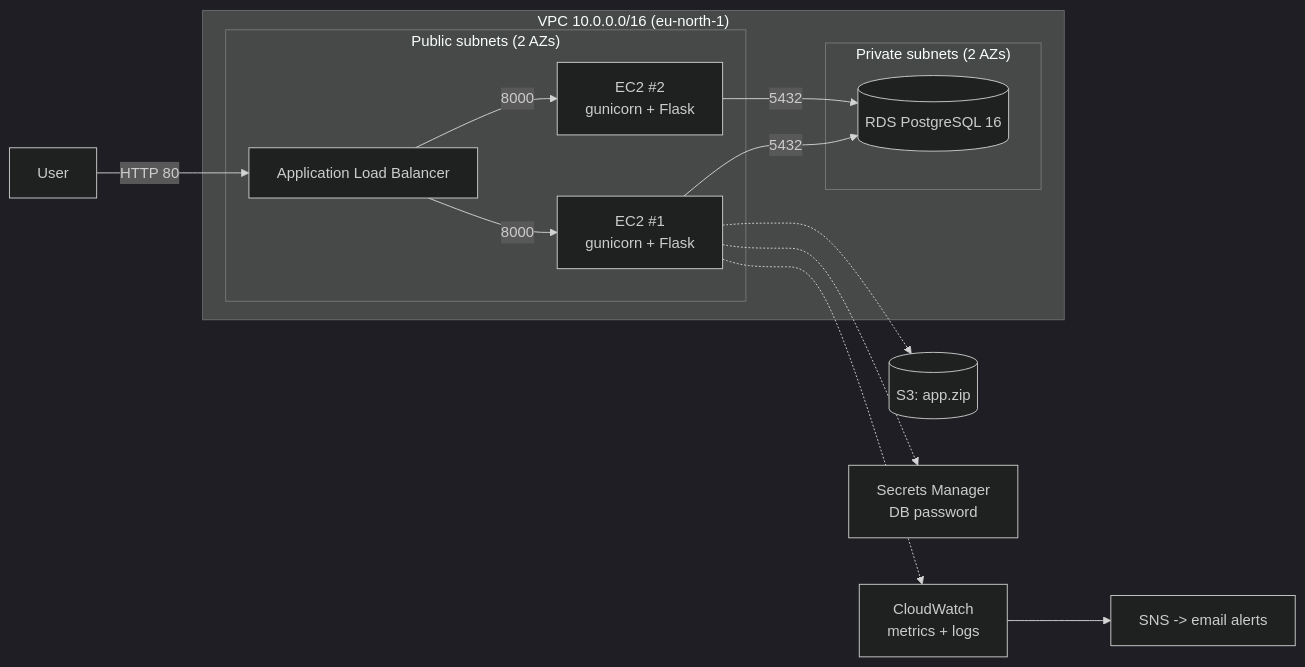
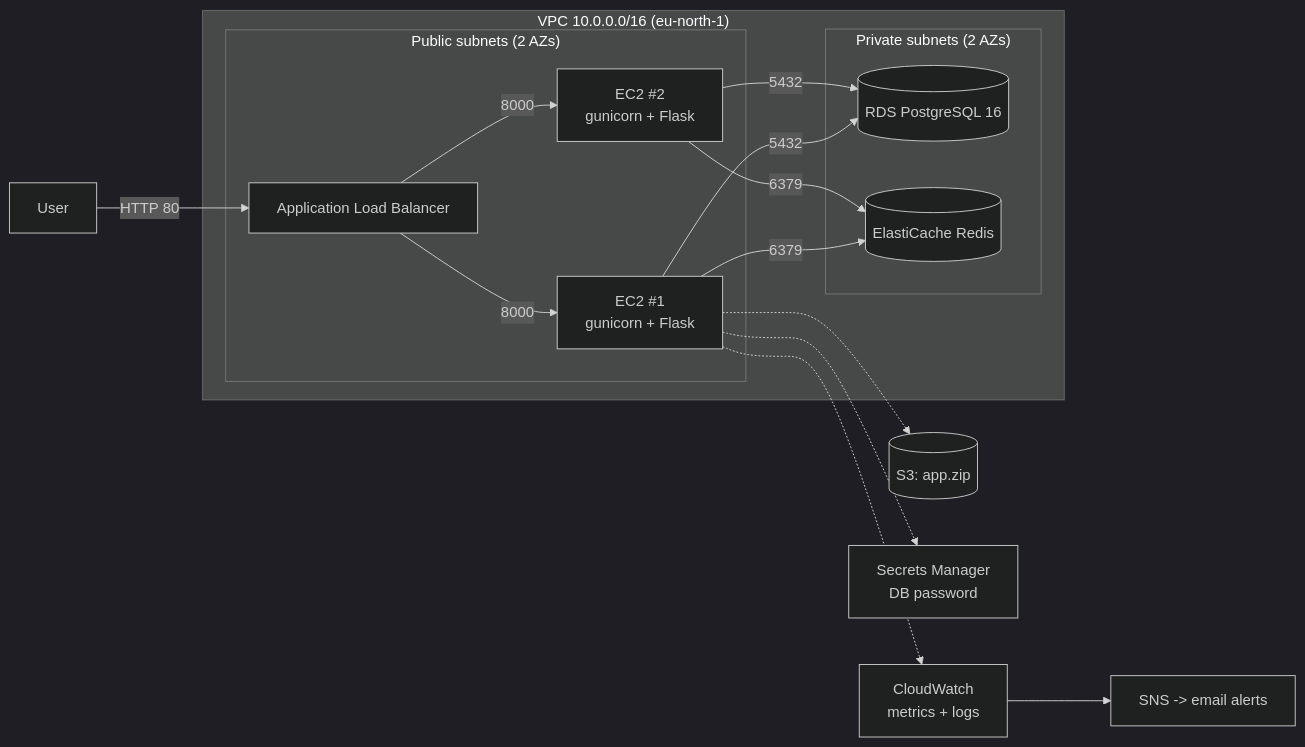
The diagram in README.md (PaztalM/phishing-detector), drawn with Mermaid (dark theme) before and after one commit. The commit also changed other lines of this file and 3 other files, not shown here.

````diff
--- a/README.md
+++ b/README.md
@@ -15,22 +16,25 @@
 ```mermaid
 flowchart LR
     U[User] -->|HTTP 80| ALB[Application Load Balancer]
     subgraph VPC["VPC 10.0.0.0/16 (eu-north-1)"]
         subgraph PUB["Public subnets (2 AZs)"]
             ALB
             EC2A[EC2 #1<br/>gunicorn + Flask]
             EC2B[EC2 #2<br/>gunicorn + Flask]
         end
         subgraph PRIV["Private subnets (2 AZs)"]
             RDS[(RDS PostgreSQL 16)]
+            REDIS[(ElastiCache Redis)]
         end
     end
     ALB -->|8000| EC2A
     ALB -->|8000| EC2B
     EC2A -->|5432| RDS
     EC2B -->|5432| RDS
+    EC2A -->|6379| REDIS
+    EC2B -->|6379| REDIS
     EC2A -.-> S3[(S3: app.zip)]
     EC2A -.-> SM[Secrets Manager<br/>DB password]
     EC2A -.-> CW[CloudWatch<br/>metrics + logs]
     CW --> SNS[SNS -> email alerts]
 ```
````
